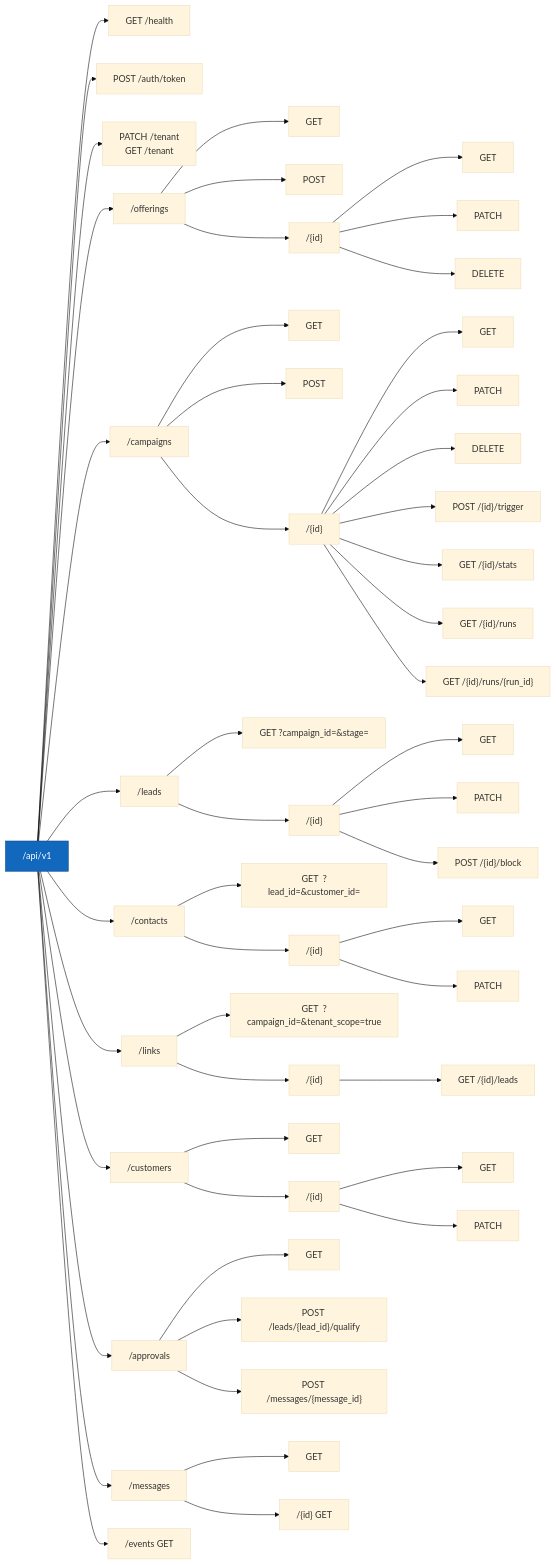
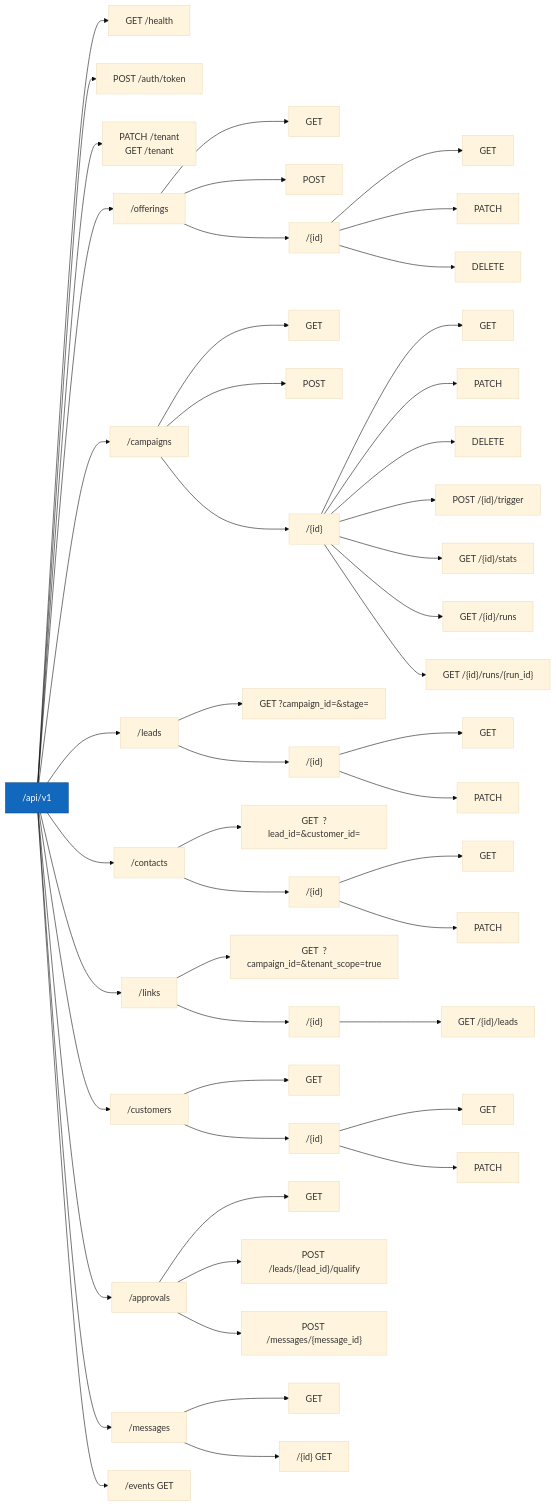
The first of 5 diagrams in spec/product/09-api.md (smallTechOrg/sales-agent), drawn with Mermaid (base theme) before and after one commit. The commit also changed 3 other files, not shown here.

First line of the commit message:
refactor: remove remaining CLI spec references, fix mermaid diagram

````diff
--- a/spec/product/09-api.md
+++ b/spec/product/09-api.md
@@ -32,66 +32,65 @@
 ```mermaid
 flowchart LR
     root["/api/v1"]
 
     root --> health["GET /health"]
     root --> auth["POST /auth/token"]
 
     root --> tenant["PATCH /tenant\nGET /tenant"]
 
     root --> offerings["/offerings"]
     offerings --> off_list["GET"]
     offerings --> off_create["POST"]
     offerings --> off_id[" /{id}"]
     off_id --> off_get["GET"]
     off_id --> off_patch["PATCH"]
     off_id --> off_del["DELETE"]
 
     root --> campaigns["/campaigns"]
     campaigns --> camp_list["GET"]
     campaigns --> camp_create["POST"]
     campaigns --> camp_id["/{id}"]
     camp_id --> camp_get["GET"]
     camp_id --> camp_patch["PATCH"]
     camp_id --> camp_del["DELETE"]
     camp_id --> camp_trigger["POST /{id}/trigger"]
     camp_id --> camp_stats["GET /{id}/stats"]
     camp_id --> camp_runs["GET /{id}/runs"]
     camp_id --> camp_run_id["GET /{id}/runs/{run_id}"]
 
     root --> leads["/leads"]
     leads --> lead_list["GET  ?campaign_id=&stage="]
     leads --> lead_id["/{id}"]
     lead_id --> lead_get["GET"]
     lead_id --> lead_patch["PATCH"]
-    lead_id --> lead_block["POST /{id}/block"]
 
     root --> contacts["/contacts"]
     contacts --> cont_list["GET  ?lead_id=&customer_id="]
     contacts --> cont_id["/{id}"]
     cont_id --> cont_get["GET"]
     cont_id --> cont_patch["PATCH"]
 
     root --> links["/links"]
     links --> link_list["GET  ?campaign_id=&tenant_scope=true"]
     links --> link_id["/{id}"]
     link_id --> link_leads["GET /{id}/leads"]
 
     root --> customers["/customers"]
     customers --> cust_list["GET"]
     customers --> cust_id["/{id}"]
     cust_id --> cust_get["GET"]
     cust_id --> cust_patch["PATCH"]
 
     root --> approvals["/approvals"]
     approvals --> appr_list["GET"]
     approvals --> appr_qual["POST /leads/{lead_id}/qualify"]
     approvals --> appr_msg["POST /messages/{message_id}"]
 
     root --> messages["/messages"]
     messages --> msg_list["GET"]
     messages --> msg_id["/{id}  GET"]
 
     root --> events["/events  GET"]
 
     style root fill:#1168bd,color:#fff,stroke:#0b4884
 ```
````
